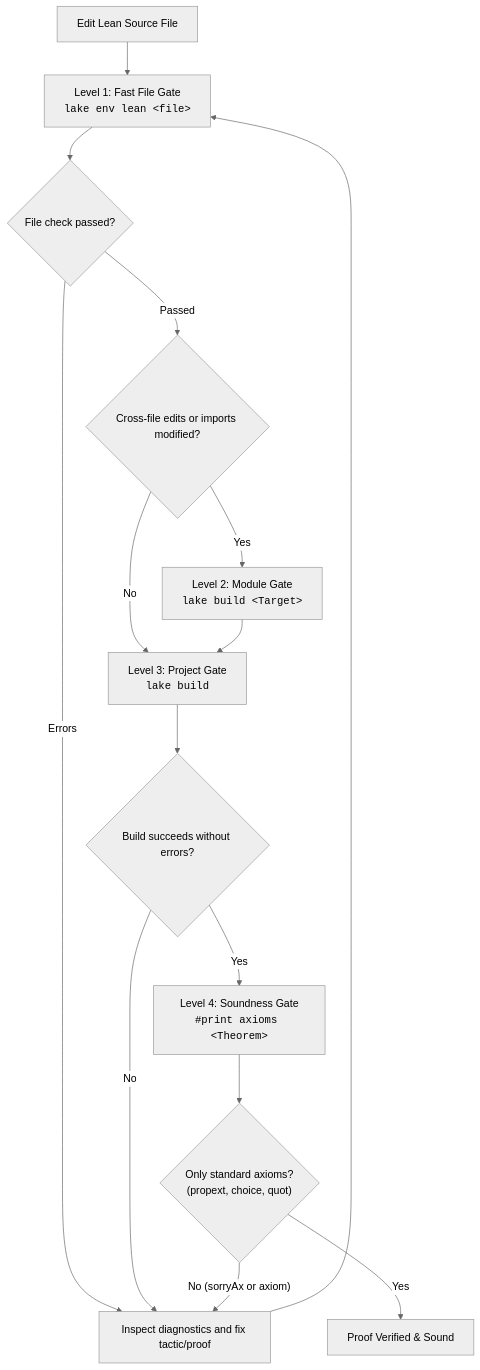
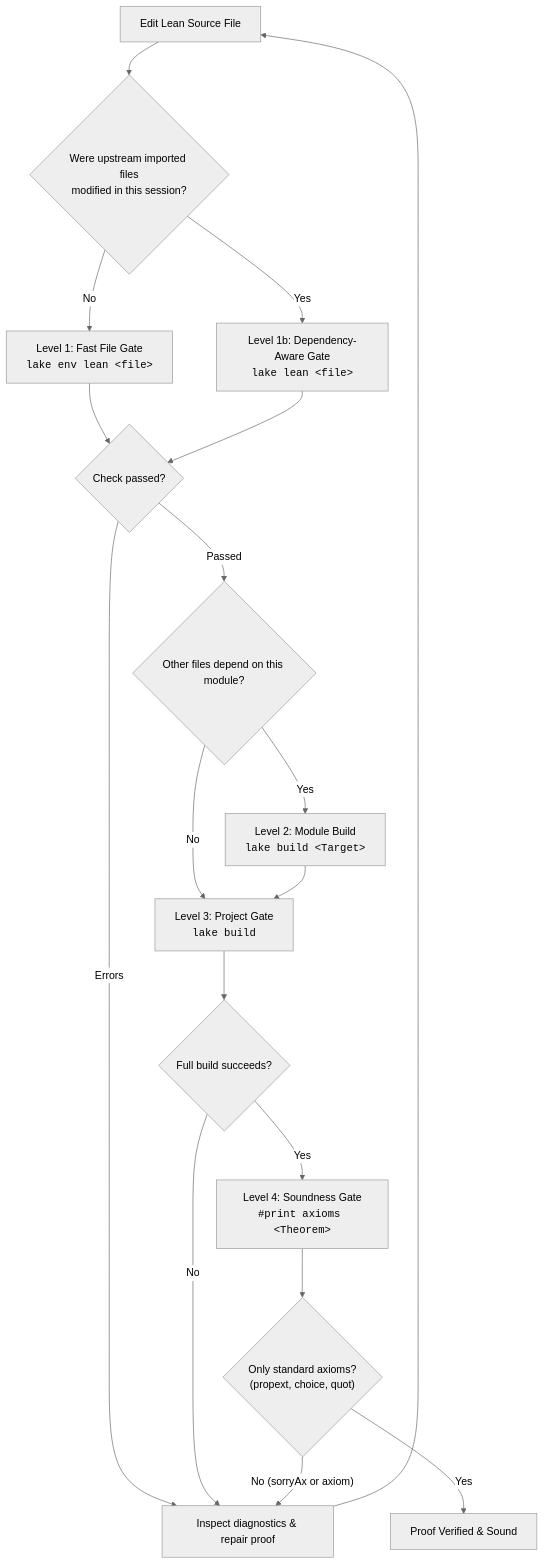
Before and after one commit to MI-1222/lean4-skills: the diagram in skills/lean4-cli/SKILL.md, drawn with Mermaid (neutral theme). The commit also changed other lines of this file, not shown here.

````diff
--- a/skills/lean4-cli/SKILL.md
+++ b/skills/lean4-cli/SKILL.md
@@ -84,17 +93,20 @@
 ```mermaid
 graph TD
-    A["Edit Lean Source File"] --> B["Level 1: Fast File Gate<br/><code>lake env lean &lt;file&gt;</code>"]
-    B --> C{"File check passed?"}
-    C -- "Errors" --> D["Inspect diagnostics and fix tactic/proof"]
-    D --> B
-    C -- "Passed" --> E{"Cross-file edits or imports modified?"}
-    E -- "Yes" --> F["Level 2: Module Gate<br/><code>lake build &lt;Target&gt;</code>"]
-    E -- "No" --> G["Level 3: Project Gate<br/><code>lake build</code>"]
-    F --> G
-    G --> H{"Build succeeds without errors?"}
-    H -- "Yes" --> I["Level 4: Soundness Gate<br/><code>#print axioms &lt;Theorem&gt;</code>"]
-    H -- "No" --> D
-    I --> J{"Only standard axioms?<br/>(propext, choice, quot)"}
-    J -- "No (sorryAx or axiom)" --> D
-    J -- "Yes" --> K["Proof Verified & Sound"]
+    A["Edit Lean Source File"] --> B{"Were upstream imported files<br/>modified in this session?"}
+    B -- "No" --> C["Level 1: Fast File Gate<br/><code>lake env lean &lt;file&gt;</code>"]
+    B -- "Yes" --> D["Level 1b: Dependency-Aware Gate<br/><code>lake lean &lt;file&gt;</code>"]
+    C --> E{"Check passed?"}
+    D --> E
+    E -- "Errors" --> F["Inspect diagnostics & repair proof"]
+    F --> A
+    E -- "Passed" --> G{"Other files depend on this module?"}
+    G -- "Yes" --> H["Level 2: Module Build<br/><code>lake build &lt;Target&gt;</code>"]
+    G -- "No" --> I["Level 3: Project Gate<br/><code>lake build</code>"]
+    H --> I
+    I --> J{"Full build succeeds?"}
+    J -- "No" --> F
+    J -- "Yes" --> K["Level 4: Soundness Gate<br/><code>#print axioms &lt;Theorem&gt;</code>"]
+    K --> L{"Only standard axioms?<br/>(propext, choice, quot)"}
+    L -- "No (sorryAx or axiom)" --> F
+    L -- "Yes" --> M["Proof Verified & Sound"]
 ```
````
